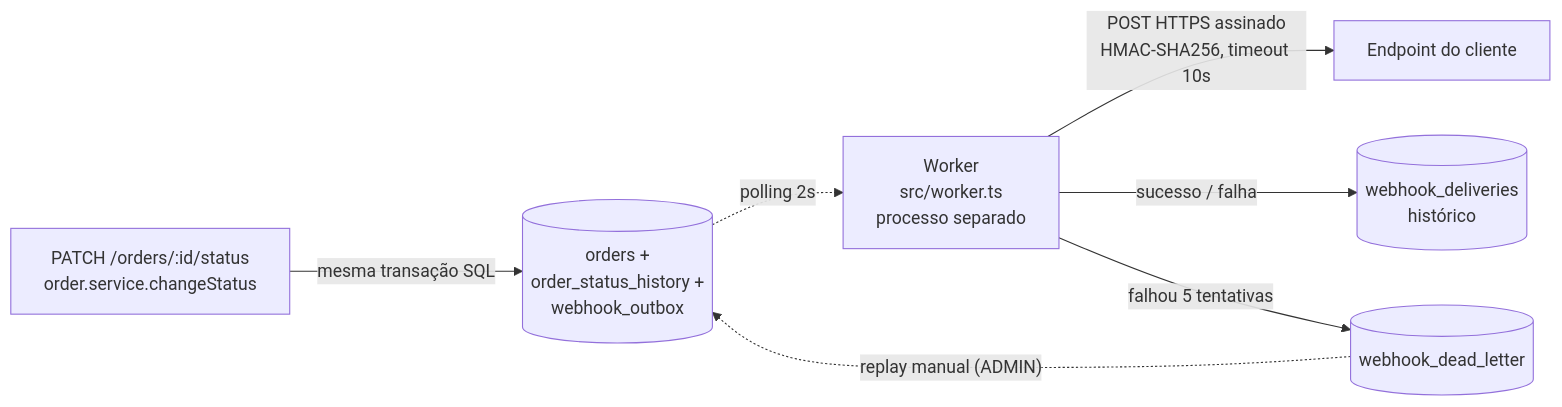
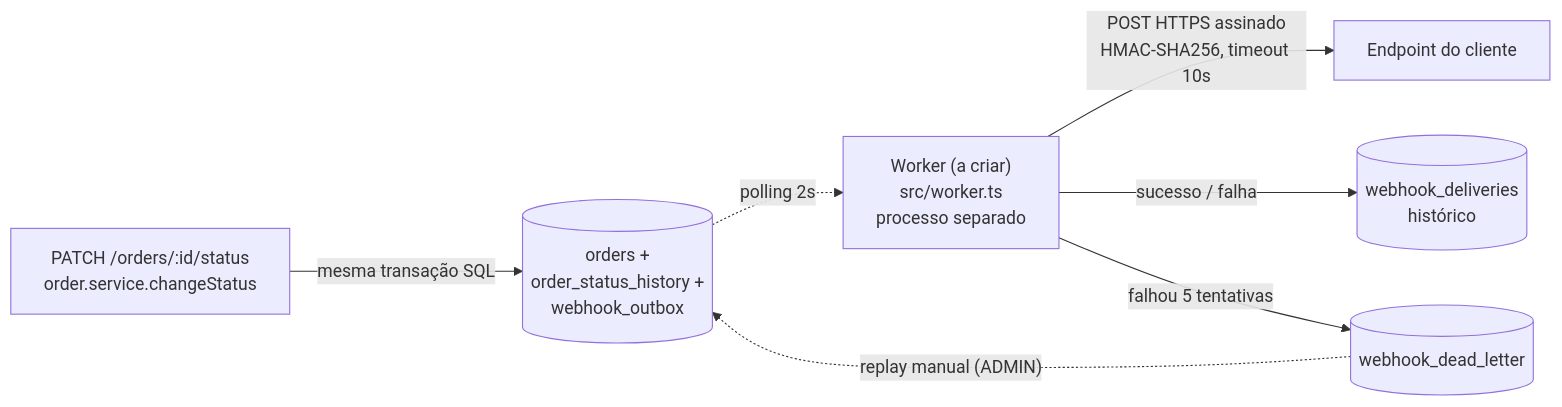
One commit to ricmed/mba-ia-desafio-design-docs-com-ia changed the diagram in docs/RFC.md. Above: the diagram before and after it, drawn with Mermaid. The commit also changed other lines of this file and 5 other files, not shown here.

````diff
--- a/docs/RFC.md
+++ b/docs/RFC.md
@@ -52,9 +52,9 @@
 ```mermaid
 flowchart LR
     A["PATCH /orders/:id/status<br/>order.service.changeStatus"] -->|"mesma transação SQL"| B[("orders +<br/>order_status_history +<br/>webhook_outbox")]
-    B -.->|"polling 2s"| C["Worker<br/>src/worker.ts<br/>processo separado"]
+    B -.->|"polling 2s"| C["Worker (a criar)<br/>src/worker.ts<br/>processo separado"]
     C -->|"POST HTTPS assinado<br/>HMAC-SHA256, timeout 10s"| D["Endpoint do cliente"]
     C -->|"sucesso / falha"| E[("webhook_deliveries<br/>histórico")]
     C -->|"falhou 5 tentativas"| F[("webhook_dead_letter")]
     F -.->|"replay manual (ADMIN)"| B
 ```
````
